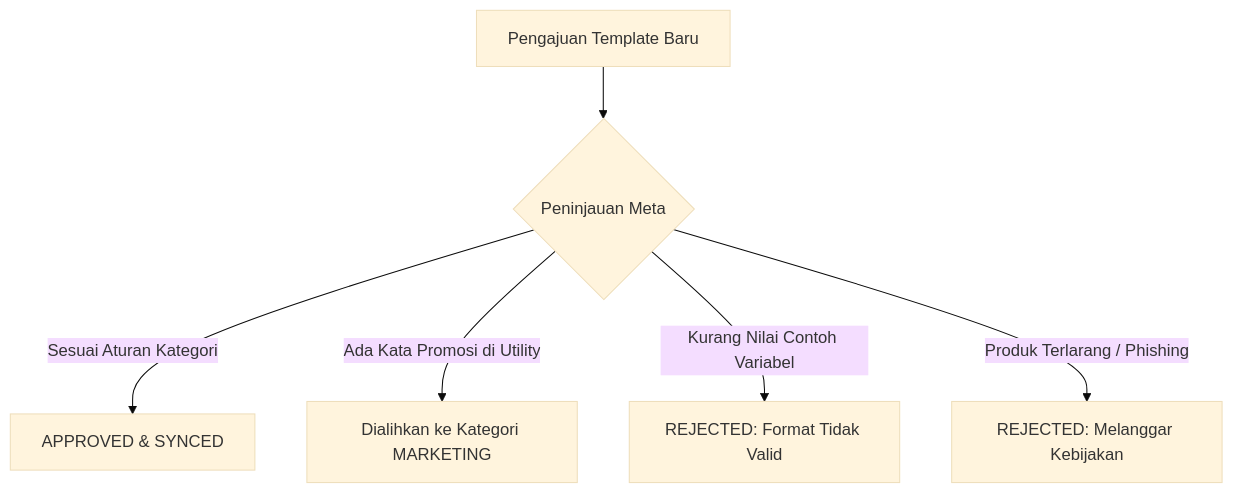
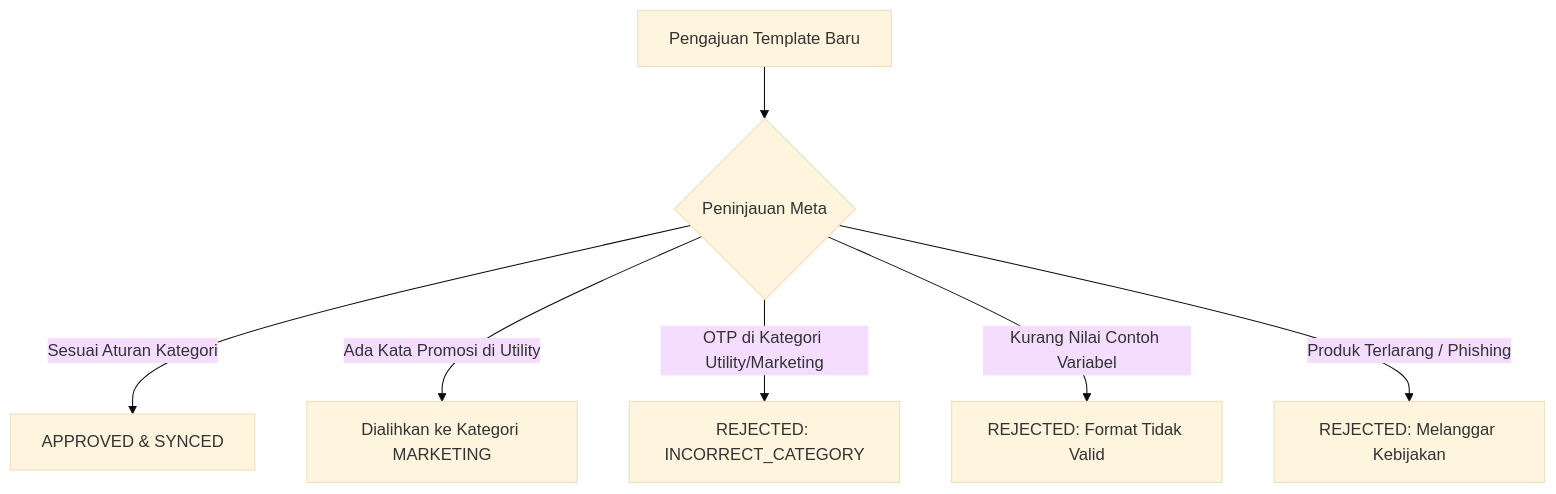
One commit to JuniYadi/projects-green changed the diagram in content/knowledge-base/whatsapp/templates.id.md. Above: the diagram before and after it, drawn with Mermaid (base theme). The commit also changed other lines of this file and 38 other files, not shown here.

````diff
--- a/content/knowledge-base/whatsapp/templates.id.md
+++ b/content/knowledge-base/whatsapp/templates.id.md
@@ -105,8 +116,9 @@
 ```mermaid
 graph TD
     A[Pengajuan Template Baru] --> B{Peninjauan Meta}
     B -->|Sesuai Aturan Kategori| C[APPROVED & SYNCED]
     B -->|Ada Kata Promosi di Utility| D[Dialihkan ke Kategori MARKETING]
+    B -->|OTP di Kategori Utility/Marketing| G[REJECTED: INCORRECT_CATEGORY]
     B -->|Kurang Nilai Contoh Variabel| E[REJECTED: Format Tidak Valid]
     B -->|Produk Terlarang / Phishing| F[REJECTED: Melanggar Kebijakan]
 ```
````
